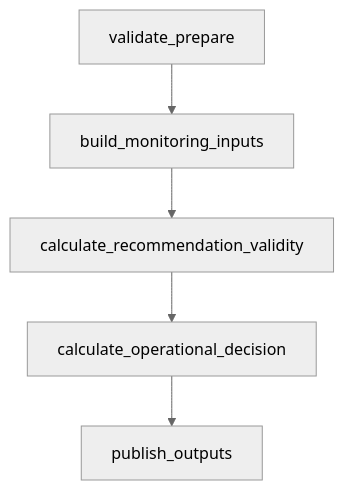
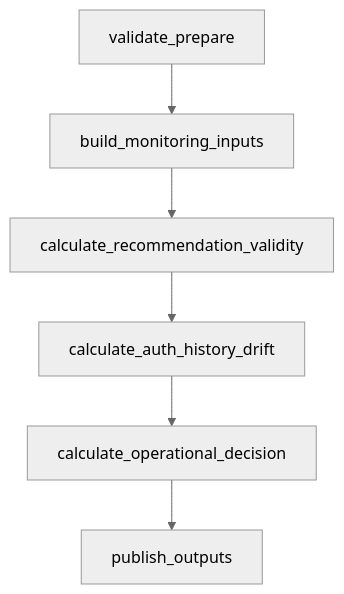
One commit to tecmx-team46-pricing/pricing-mlops-platform changed the second of 2 diagrams in mlops/docs/flow.md. Above: the diagram before and after it, drawn with Mermaid (neutral theme). The commit also changed 6 other files, not shown here.

Commit message:
Add auth history drift pipeline step

````diff
--- a/mlops/docs/flow.md
+++ b/mlops/docs/flow.md
@@ -62,7 +62,8 @@
 ```mermaid
 flowchart TD
   A["validate_prepare"] --> B["build_monitoring_inputs"]
   B --> C["calculate_recommendation_validity"]
-  C --> D["calculate_operational_decision"]
-  D --> E["publish_outputs"]
+  C --> D["calculate_auth_history_drift"]
+  D --> E["calculate_operational_decision"]
+  E --> F["publish_outputs"]
 ```
````
